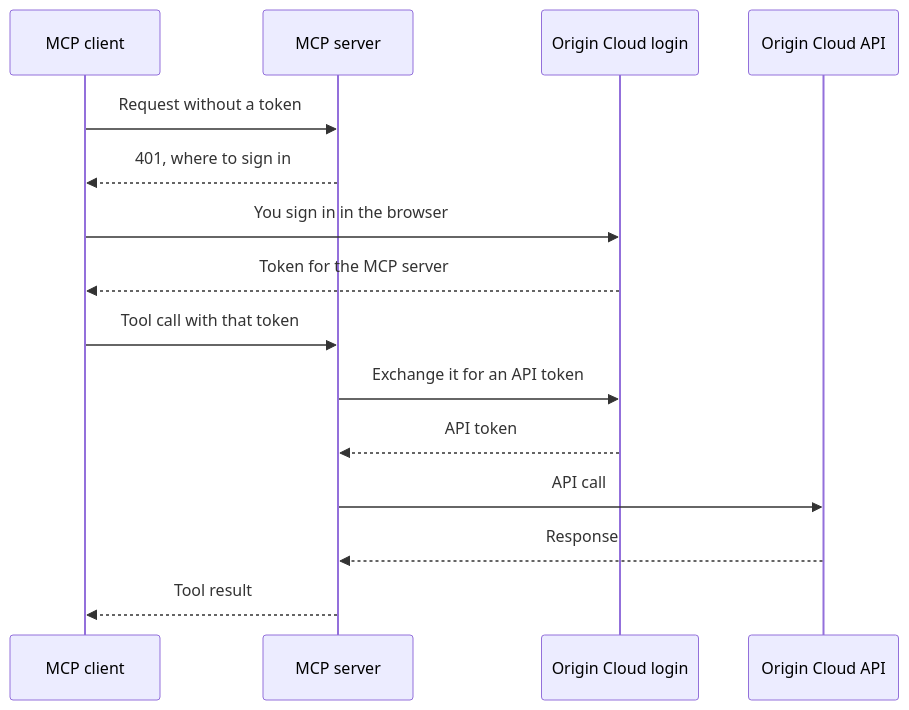
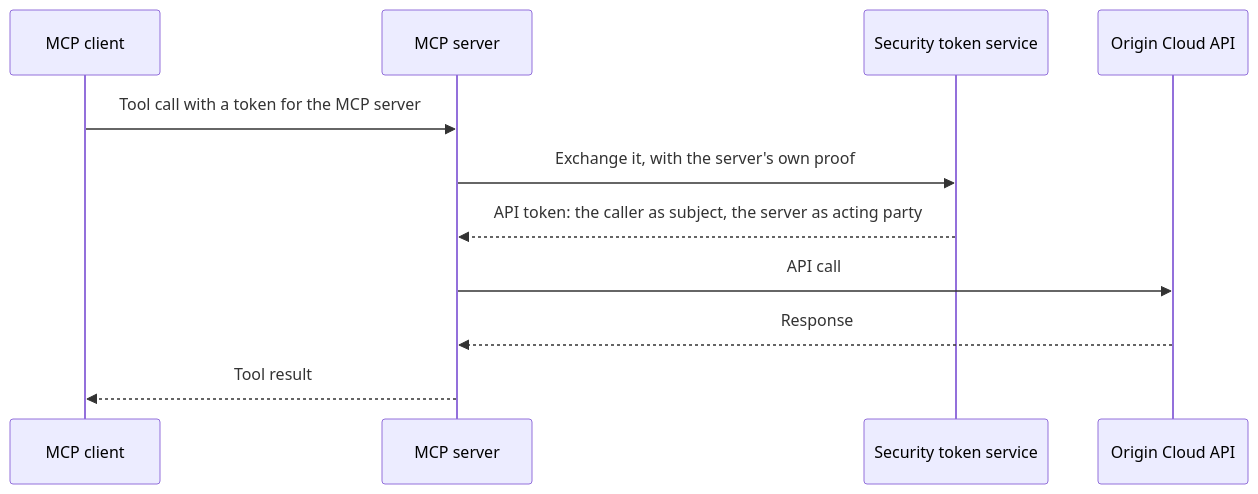
One commit to origincloudhq/docs changed the diagram in docs/platform/access/hosted-mcp.md. Above: the diagram before and after it, drawn with Mermaid. The commit also changed other lines of this file and 1 other file, not shown here.

````diff
--- a/docs/platform/access/hosted-mcp.md
+++ b/docs/platform/access/hosted-mcp.md
@@ -60,19 +105,15 @@
 ```mermaid
 sequenceDiagram
-  accTitle: Signing in to the hosted MCP server
-  accDescr: The MCP client calls the server without a token and is told where to sign in. You sign in in the browser, and the client calls the server with a token issued for it. For each tool call, the server exchanges that token for one the API accepts and calls the API with it.
+  accTitle: How the hosted MCP server calls the API
+  accDescr: The MCP client calls the server with a token issued for it, from Origin Cloud's login for a person or from the security token service for a service account. The server exchanges that token at the security token service, proving its own identity, for an API token that keeps the caller as its subject and names the server as the acting party, and calls the API with it.
   participant C as MCP client
   participant M as MCP server
-  participant L as Origin Cloud login
+  participant S as Security token service
   participant A as Origin Cloud API
-  C->>M: Request without a token
-  M-->>C: 401, where to sign in
-  C->>L: You sign in in the browser
-  L-->>C: Token for the MCP server
-  C->>M: Tool call with that token
-  M->>L: Exchange it for an API token
-  L-->>M: API token
+  C->>M: Tool call with a token for the MCP server
+  M->>S: Exchange it, with the server's own proof
+  S-->>M: API token: the caller as subject, the server as acting party
   M->>A: API call
   A-->>M: Response
   M-->>C: Tool result
 ```
````
